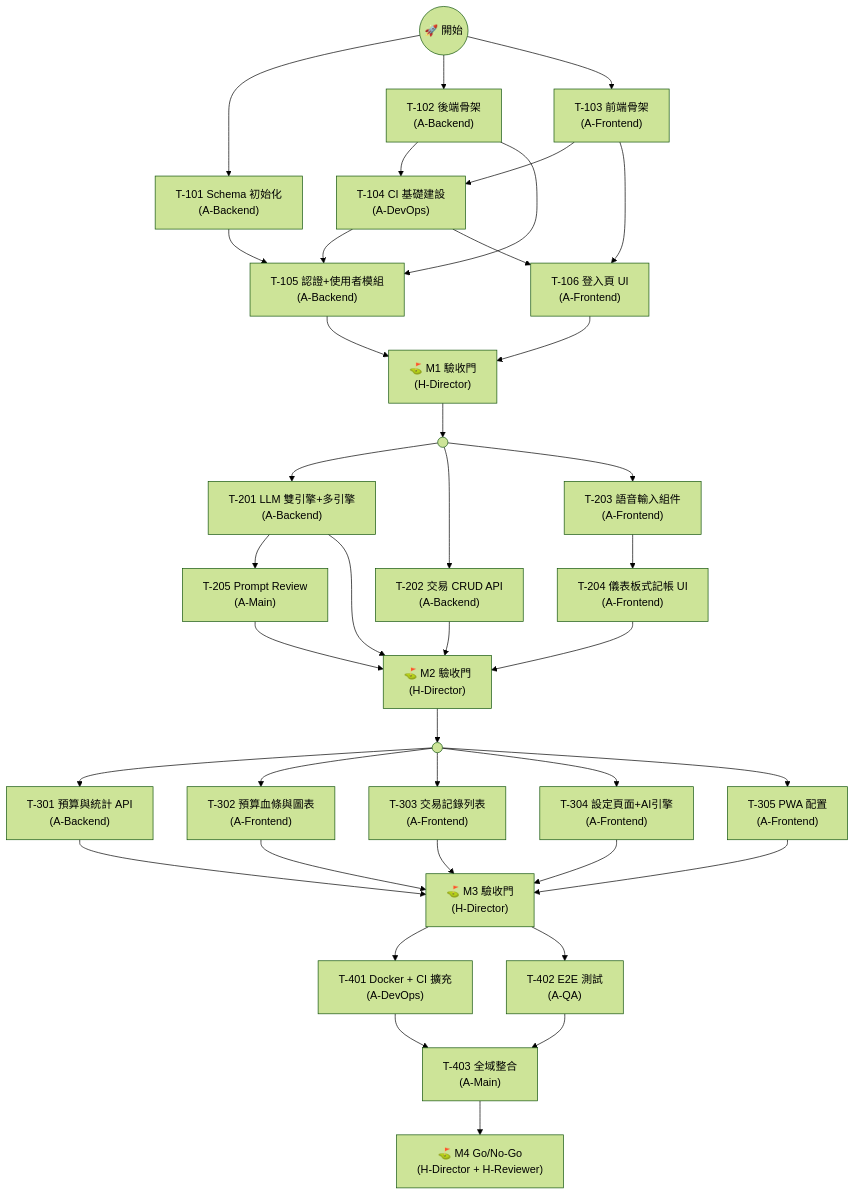
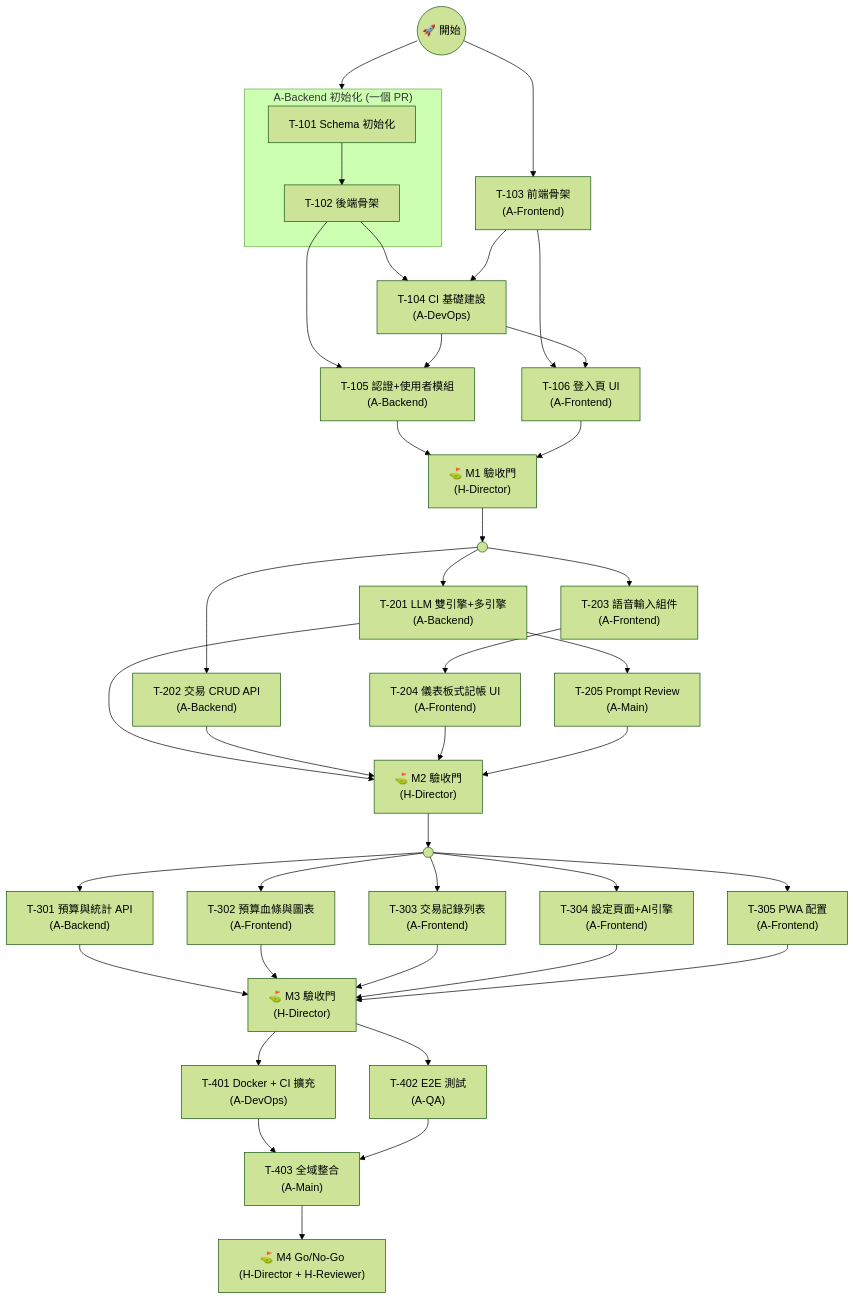
The third of 5 diagrams in docs/02-Dev_Plan.md (robin-li/vibe-money-book), drawn with Mermaid (forest theme) before and after one commit. The commit also changed other lines of this file, not shown here.

````diff
--- a/docs/02-Dev_Plan.md
+++ b/docs/02-Dev_Plan.md
@@ -605,46 +608,47 @@
 ```mermaid
 flowchart TB
-    START(("🚀 開始")) --> T101 & T102 & T103
+    START(("🚀 開始")) --> BE_INIT & T103
 
-    T101["T-101 Schema 初始化<br/>(A-Backend)"]
-    T102["T-102 後端骨架<br/>(A-Backend)"]
+    subgraph BE_INIT["A-Backend 初始化 (一個 PR)"]
+        T101["T-101 Schema 初始化"] --> T102["T-102 後端骨架"]
+    end
     T103["T-103 前端骨架<br/>(A-Frontend)"]
 
     T102 & T103 --> T104["T-104 CI 基礎建設<br/>(A-DevOps)"]
 
-    T101 & T102 & T104 --> T105["T-105 認證+使用者模組<br/>(A-Backend)"]
+    T102 & T104 --> T105["T-105 認證+使用者模組<br/>(A-Backend)"]
     T103 & T104 --> T106["T-106 登入頁 UI<br/>(A-Frontend)"]
 
     T105 & T106 --> M1G["⛳ M1 驗收門<br/>(H-Director)"]
 
     M1G --> G2_FORK((" "))
     G2_FORK --> T201 & T202 & T203
 
     T201["T-201 LLM 雙引擎+多引擎<br/>(A-Backend)"]
     T202["T-202 交易 CRUD API<br/>(A-Backend)"]
     T203["T-203 語音輸入組件<br/>(A-Frontend)"]
 
     T201 --> T205["T-205 Prompt Review<br/>(A-Main)"]
     T203 --> T204["T-204 儀表板式記帳 UI<br/>(A-Frontend)"]
 
     T201 & T202 & T204 & T205 --> M2G["⛳ M2 驗收門<br/>(H-Director)"]
 
     M2G --> G3_FORK((" "))
     G3_FORK --> T301 & T302 & T303 & T304 & T305
 
     T301["T-301 預算與統計 API<br/>(A-Backend)"]
     T302["T-302 預算血條與圖表<br/>(A-Frontend)"]
     T303["T-303 交易記錄列表<br/>(A-Frontend)"]
     T304["T-304 設定頁面+AI引擎<br/>(A-Frontend)"]
     T305["T-305 PWA 配置<br/>(A-Frontend)"]
 
     T301 & T302 & T303 & T304 & T305 --> M3G["⛳ M3 驗收門<br/>(H-Director)"]
 
     M3G --> T401 & T402
 
     T401["T-401 Docker + CI 擴充<br/>(A-DevOps)"]
     T402["T-402 E2E 測試<br/>(A-QA)"]
 
     T401 & T402 --> T403["T-403 全域整合<br/>(A-Main)"]
     T403 --> M4G["⛳ M4 Go/No-Go<br/>(H-Director + H-Reviewer)"]
 ```
````
